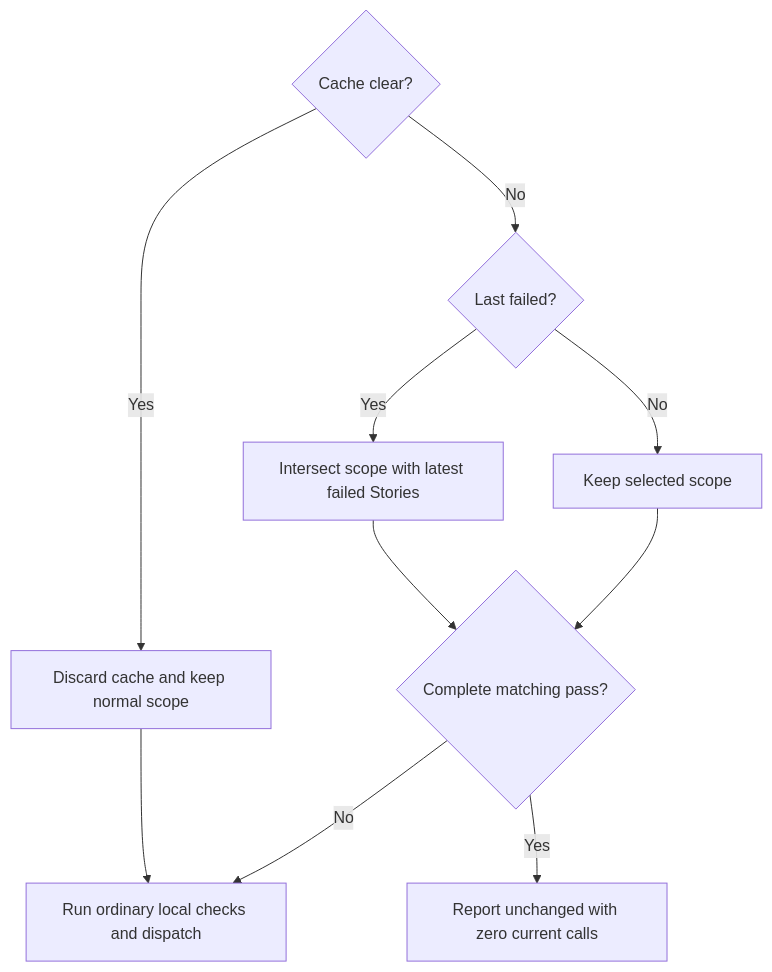
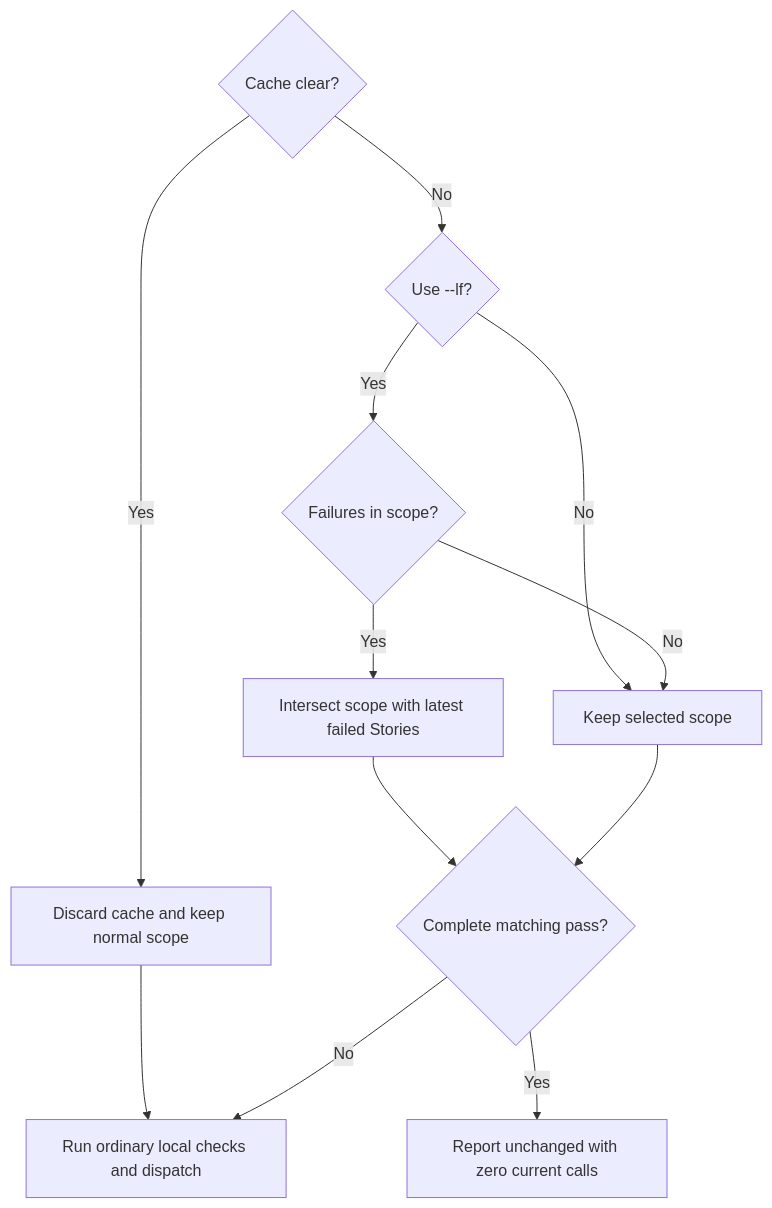
Before and after one commit to promptdriven/pdd: the first of 2 diagrams in prompts/cli/runtime-client.prompt.md, drawn with Mermaid.

Commit message:
Show scope-local last-failed fallback in decision diagram

````diff
--- a/prompts/cli/runtime-client.prompt.md
+++ b/prompts/cli/runtime-client.prompt.md
@@ -20,12 +20,14 @@
 ```mermaid
 flowchart TD
     C{Cache clear?} -->|Yes| A[Discard cache and keep normal scope]
-    C -->|No| L{Last failed?}
-    L -->|Yes| F[Intersect scope with latest failed Stories]
+    C -->|No| L{Use --lf?}
     L -->|No| S[Keep selected scope]
+    L -->|Yes| K{Failures in scope?}
+    K -->|Yes| F[Intersect scope with latest failed Stories]
+    K -->|No| S
     F --> E{Complete matching pass?}
     S --> E
     A --> R[Run ordinary local checks and dispatch]
     E -->|Yes| U[Report unchanged with zero current calls]
     E -->|No| R
 ```
````
